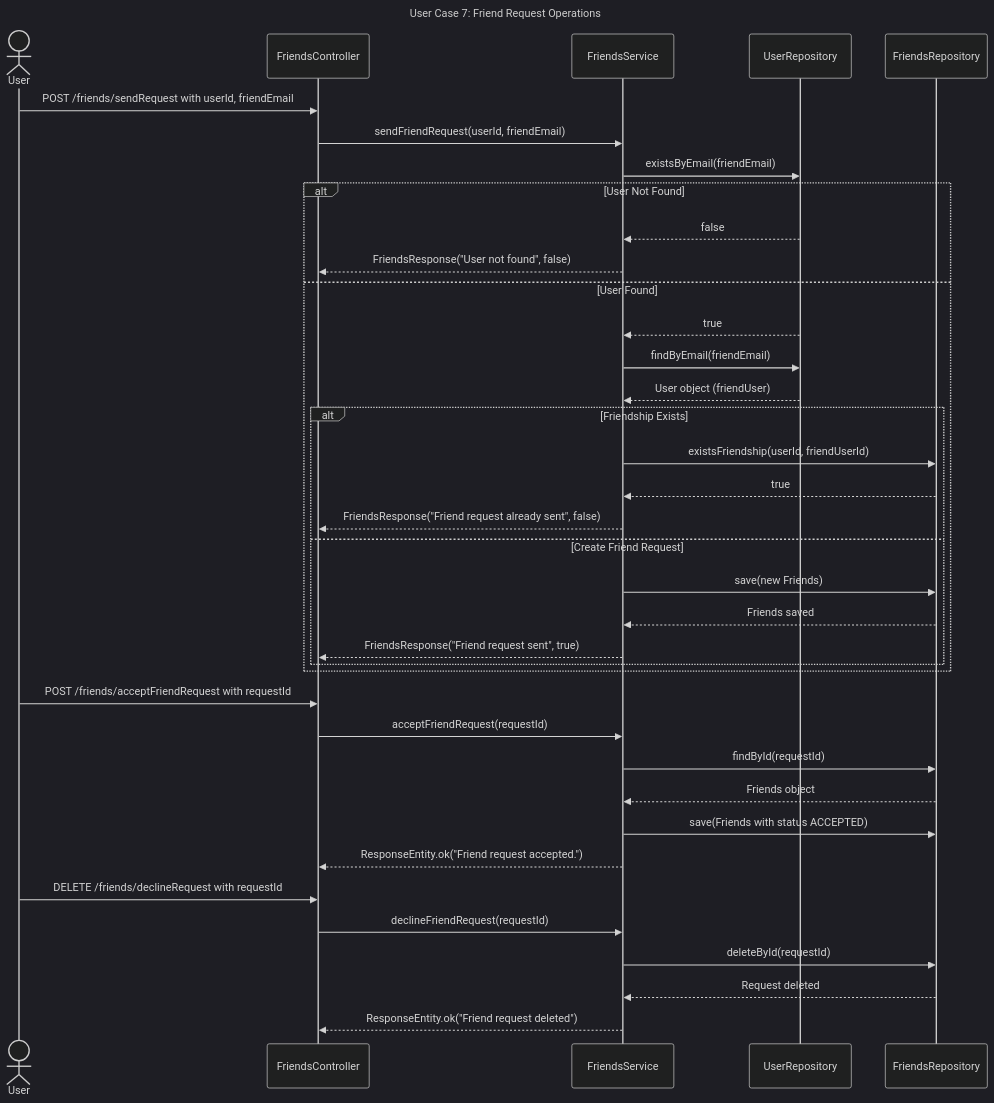
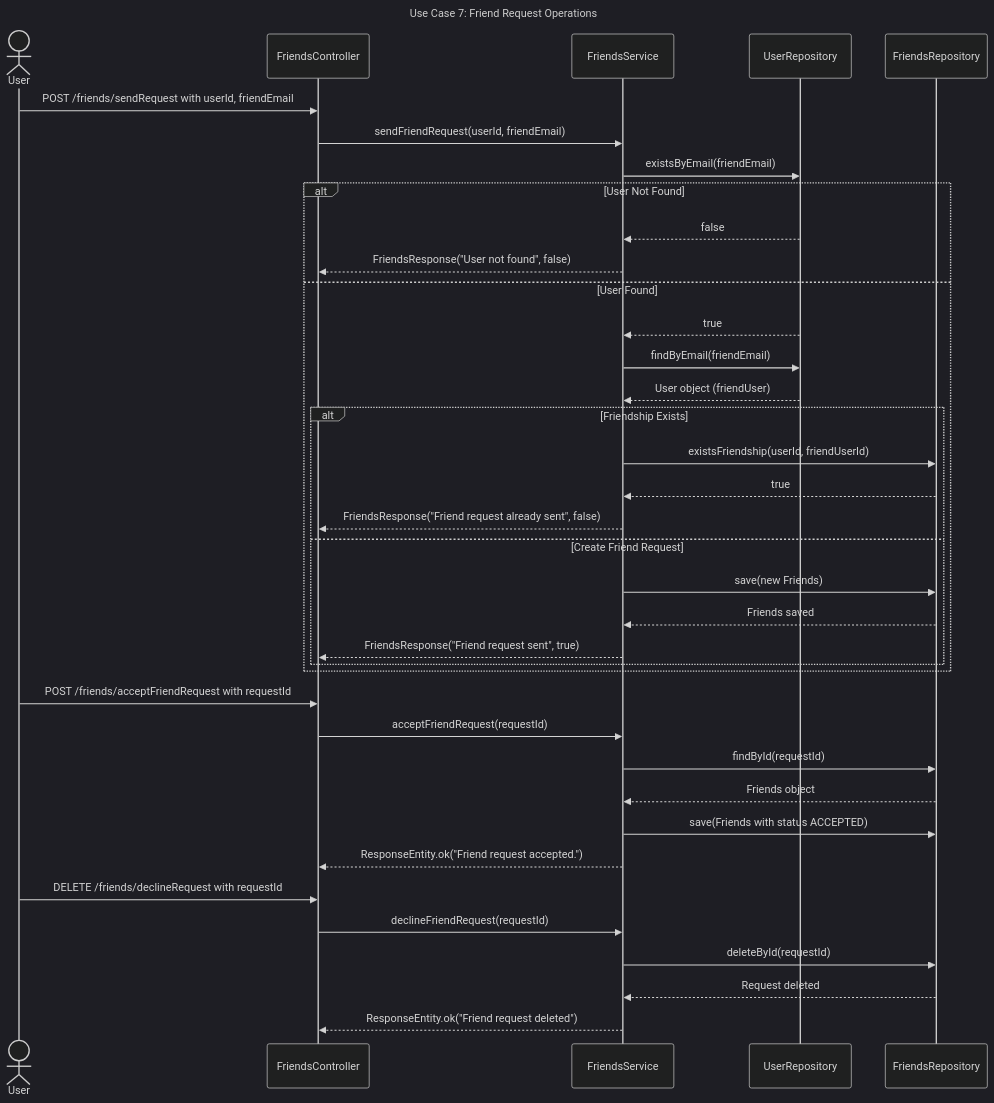
The diagram in ArchitectureDiagrams/SequenceDiagrams/sequenceDiagram7.mmd (UniOfGreenwich/elee1149-coursework--team-chlk), drawn with Mermaid (dark theme) before and after one commit.

Commit message:
All sequence diagrams added

```diff
--- a/ArchitectureDiagrams/SequenceDiagrams/sequenceDiagram7.mmd
+++ b/ArchitectureDiagrams/SequenceDiagrams/sequenceDiagram7.mmd
@@ -1,44 +1,44 @@
 ---
 ## Sequence Diagram for user case 7
 ---
 sequenceDiagram
-    title User Case 7: Friend Request Operations
+    title Use Case 7: Friend Request Operations
     actor User
     participant FriendsController
     participant FriendsService
     participant UserRepository
     participant FriendsRepository
 
     User->>FriendsController: POST /friends/sendRequest with userId, friendEmail
     FriendsController->>FriendsService: sendFriendRequest(userId, friendEmail)
     FriendsService->>UserRepository: existsByEmail(friendEmail)
     alt User Not Found
         UserRepository-->>FriendsService: false
         FriendsService-->>FriendsController: FriendsResponse("User not found", false)
     else User Found
         UserRepository-->>FriendsService: true
         FriendsService->>UserRepository: findByEmail(friendEmail)
         UserRepository-->>FriendsService: User object (friendUser)
         alt Friendship Exists
             FriendsService->>FriendsRepository: existsFriendship(userId, friendUserId)
             FriendsRepository-->>FriendsService: true
             FriendsService-->>FriendsController: FriendsResponse("Friend request already sent", false)
         else Create Friend Request
             FriendsService->>FriendsRepository: save(new Friends)
             FriendsRepository-->>FriendsService: Friends saved
             FriendsService-->>FriendsController: FriendsResponse("Friend request sent", true)
         end
     end
 
     User->>FriendsController: POST /friends/acceptFriendRequest with requestId
     FriendsController->>FriendsService: acceptFriendRequest(requestId)
     FriendsService->>FriendsRepository: findById(requestId)
     FriendsRepository-->>FriendsService: Friends object
     FriendsService->>FriendsRepository: save(Friends with status ACCEPTED)
     FriendsService-->>FriendsController: ResponseEntity.ok("Friend request accepted.")
 
     User->>FriendsController: DELETE /friends/declineRequest with requestId
     FriendsController->>FriendsService: declineFriendRequest(requestId)
     FriendsService->>FriendsRepository: deleteById(requestId)
     FriendsRepository-->>FriendsService: Request deleted
     FriendsService-->>FriendsController: ResponseEntity.ok("Friend request deleted")
```
